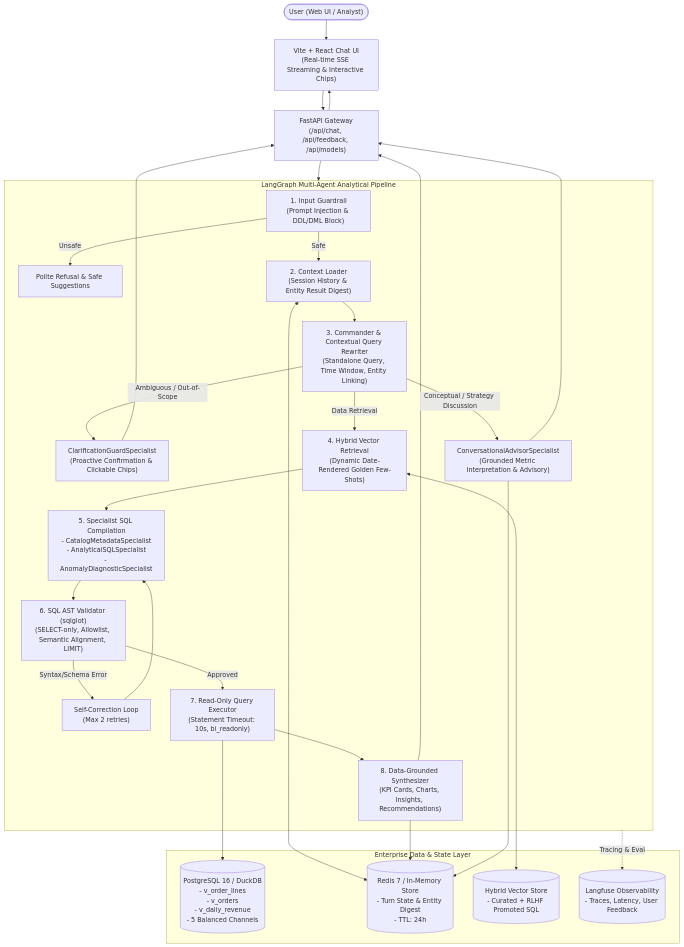
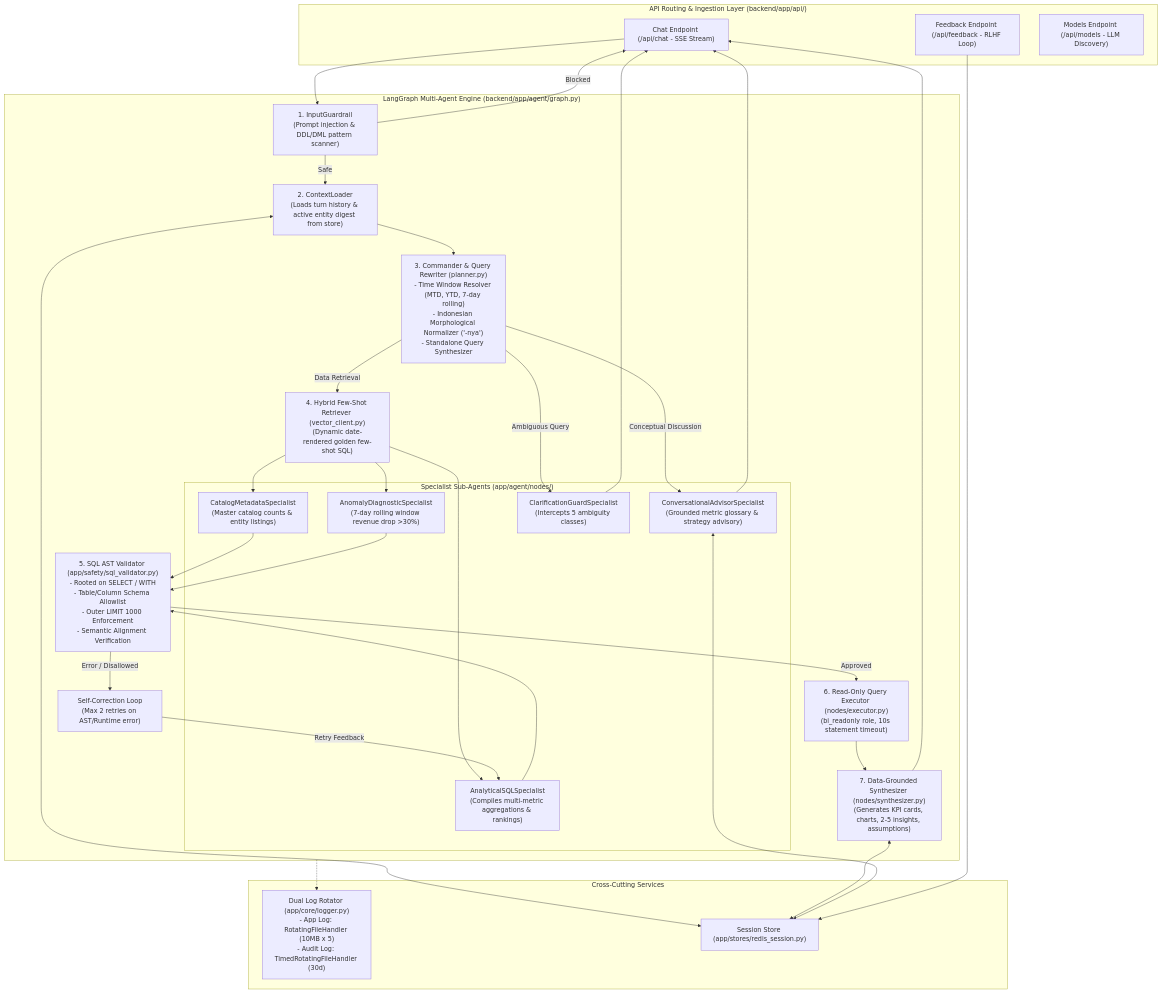
One commit to StevenSiahaann/ey-tech-test changed the fourth of 10 diagrams in docs/architecture.md. Above: the diagram before and after it, drawn with Mermaid. The commit also changed other lines of this file, not shown here.

Commit message:
docs: update architecture.md with comprehensive enterprise specifications

````diff
--- a/docs/architecture.md
+++ b/docs/architecture.md
@@ -8,43 +166,66 @@
 ```mermaid
 flowchart TD
-    User(["User (Web UI / Analyst)"]) --> FE["Vite + React Chat UI\n(Real-time SSE Streaming & Interactive Chips)"]
-    FE --> API["FastAPI Gateway\n(/api/chat, /api/feedback, /api/models)"]
-    
-    subgraph AgentPipeline ["LangGraph Multi-Agent Analytical Pipeline"]
-        G1["1. Input Guardrail\n(Prompt Injection & DDL/DML Block)"]
-        G1 -->|Unsafe| Refuse["Polite Refusal & Safe Suggestions"]
-        G1 -->|Safe| Ctx["2. Context Loader\n(Session History & Entity Result Digest)"]
-        Ctx --> Cmd["3. Commander & Contextual Query Rewriter\n(Standalone Query, Time Window, Entity Linking)"]
-        
-        Cmd -->|Ambiguous / Out-of-Scope| Clarify["ClarificationGuardSpecialist\n(Proactive Confirmation & Clickable Chips)"]
-        Cmd -->|Conceptual / Strategy Discussion| Discuss["ConversationalAdvisorSpecialist\n(Grounded Metric Interpretation & Advisory)"]
-        Cmd -->|Data Retrieval| FewShot["4. Hybrid Vector Retrieval\n(Dynamic Date-Rendered Golden Few-Shots)"]
-        
-        FewShot --> Spec["5. Specialist SQL Compilation\n- CatalogMetadataSpecialist\n- AnalyticalSQLSpecialist\n- AnomalyDiagnosticSpecialist"]
-        Spec --> Val["6. SQL AST Validator (sqlglot)\n(SELECT-only, Allowlist, Semantic Alignment, LIMIT)"]
-        Val -->|Syntax/Schema Error| Retry["Self-Correction Loop\n(Max 2 retries)"]
-        Retry --> Spec
-        Val -->|Approved| Exec["7. Read-Only Query Executor\n(Statement Timeout: 10s, bi_readonly)"]
-        Exec --> Synth["8. Data-Grounded Synthesizer\n(KPI Cards, Charts, Insights, Recommendations)"]
+    subgraph APILayer ["API Routing & Ingestion Layer (backend/app/api/)"]
+        ChatRoute["Chat Endpoint (/api/chat - SSE Stream)"]
+        FeedbackRoute["Feedback Endpoint (/api/feedback - RLHF Loop)"]
+        ModelsRoute["Models Endpoint (/api/models - LLM Discovery)"]
     end
 
-    API --> AgentPipeline
-    
-    subgraph Storage ["Enterprise Data & State Layer"]
-        PG[("PostgreSQL 16 / DuckDB\n- v_order_lines\n- v_orders\n- v_daily_revenue\n- 5 Balanced Channels")]
-        RD[("Redis 7 / In-Memory Store\n- Turn State & Entity Digest\n- TTL: 24h")]
-        VS[("Hybrid Vector Store\n- Curated + RLHF Promoted SQL")]
-        LF[("Langfuse Observability\n- Traces, Latency, User Feedback")]
+    subgraph LangGraphPipeline ["LangGraph Multi-Agent Engine (backend/app/agent/graph.py)"]
+        G1["1. InputGuardrail<br/>(Prompt injection & DDL/DML pattern scanner)"]
+        G2["2. ContextLoader<br/>(Loads turn history & active entity digest from store)"]
+        Commander["3. Commander & Query Rewriter (planner.py)<br/>- Time Window Resolver (MTD, YTD, 7-day rolling)<br/>- Indonesian Morphological Normalizer ('-nya')<br/>- Standalone Query Synthesizer"]
+
+        subgraph SpecialistSubAgents ["Specialist Sub-Agents (app/agent/nodes/)"]
+            ClarifyAgent["ClarificationGuardSpecialist<br/>(Intercepts 5 ambiguity classes)"]
+            AdvisorAgent["ConversationalAdvisorSpecialist<br/>(Grounded metric glossary & strategy advisory)"]
+            CatalogAgent["CatalogMetadataSpecialist<br/>(Master catalog counts & entity listings)"]
+            AnalyticalAgent["AnalyticalSQLSpecialist<br/>(Compiles multi-metric aggregations & rankings)"]
+            AnomalyAgent["AnomalyDiagnosticSpecialist<br/>(7-day rolling window revenue drop >30%)"]
+        end
+
+        FewShotRetriever["4. Hybrid Few-Shot Retriever (vector_client.py)<br/>(Dynamic date-rendered golden few-shot SQL)"]
+        ASTValidator["5. SQL AST Validator (app/safety/sql_validator.py)<br/>- Rooted on SELECT / WITH<br/>- Table/Column Schema Allowlist<br/>- Outer LIMIT 1000 Enforcement<br/>- Semantic Alignment Verification"]
+        SelfCorrection["Self-Correction Loop<br/>(Max 2 retries on AST/Runtime error)"]
+        QueryExecutor["6. Read-Only Query Executor (nodes/executor.py)<br/>(bi_readonly role, 10s statement timeout)"]
+        Synthesizer["7. Data-Grounded Synthesizer (nodes/synthesizer.py)<br/>(Generates KPI cards, charts, 2-5 insights, assumptions)"]
     end
 
-    Exec --> PG
-    FewShot <--> VS
-    Ctx <--> RD
-    Synth --> RD
-    Discuss --> RD
-    AgentPipeline -. Tracing & Eval .-> LF
-    Clarify --> API
-    Discuss --> API
-    Synth --> API
-    API --> FE
+    subgraph CrossCutting ["Cross-Cutting Services"]
+        LoggerService["Dual Log Rotator (app/core/logger.py)<br/>- App Log: RotatingFileHandler (10MB x 5)<br/>- Audit Log: TimedRotatingFileHandler (30d)"]
+        SessionMgr["Session Store (app/stores/redis_session.py)"]
+    end
+
+    ChatRoute --> G1
+    G1 -->|Blocked| ChatRoute
+    G1 -->|Safe| G2
+    G2 <--> SessionMgr
+    G2 --> Commander
+
+    Commander -->|Ambiguous Query| ClarifyAgent
+    Commander -->|Conceptual Discussion| AdvisorAgent
+    Commander -->|Data Retrieval| FewShotRetriever
+
+    FewShotRetriever --> CatalogAgent
+    FewShotRetriever --> AnalyticalAgent
+    FewShotRetriever --> AnomalyAgent
+
+    CatalogAgent --> ASTValidator
+    AnalyticalAgent --> ASTValidator
+    AnomalyAgent --> ASTValidator
+
+    ASTValidator -->|Error / Disallowed| SelfCorrection
+    SelfCorrection -->|Retry Feedback| AnalyticalAgent
+    ASTValidator -->|Approved| QueryExecutor
+
+    QueryExecutor --> Synthesizer
+    Synthesizer <--> SessionMgr
+    AdvisorAgent <--> SessionMgr
+
+    ClarifyAgent --> ChatRoute
+    AdvisorAgent --> ChatRoute
+    Synthesizer --> ChatRoute
+
+    FeedbackRoute --> SessionMgr
+    LangGraphPipeline -.-> LoggerService
 ```
````
